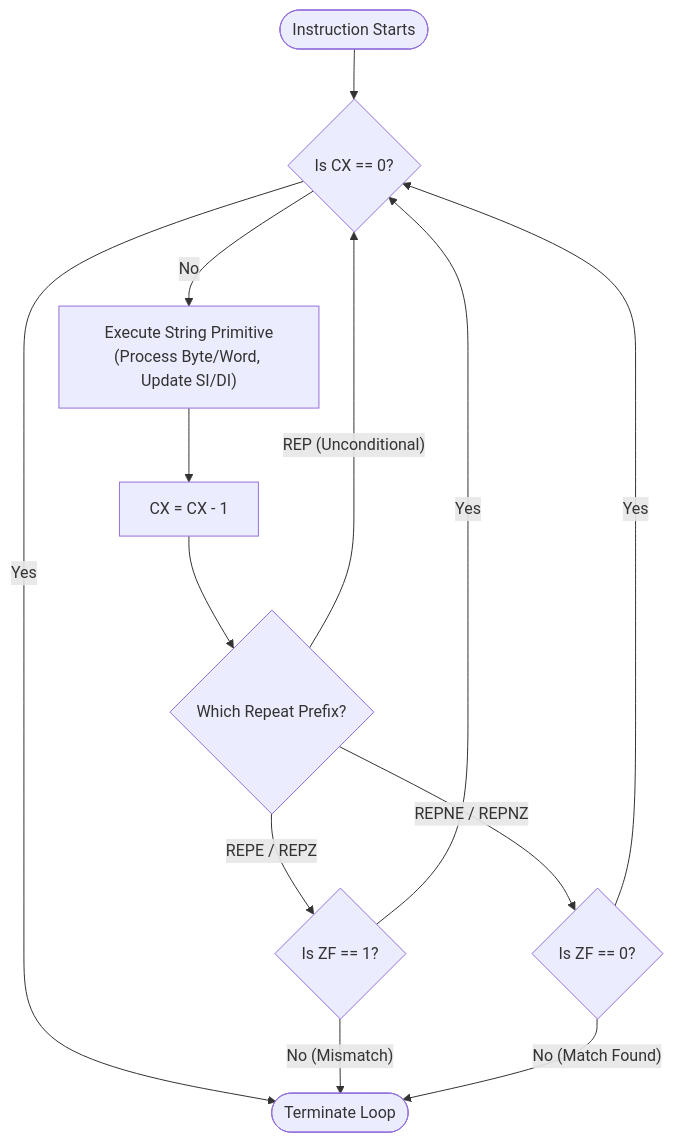
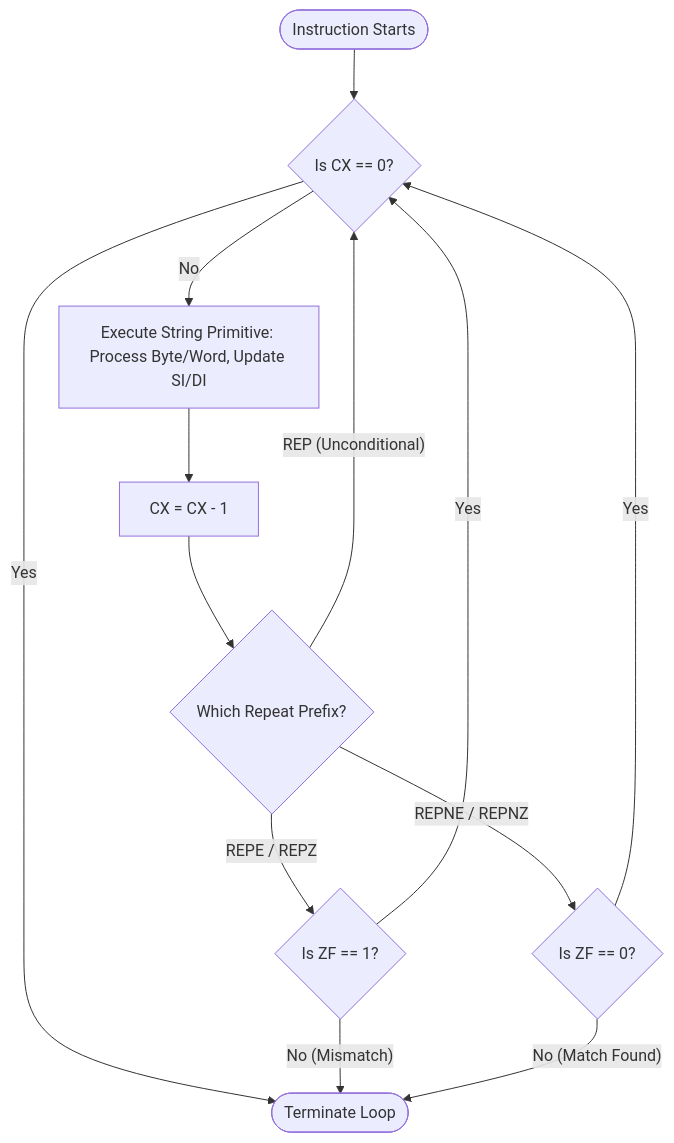
Before and after one commit to DeepLumiere/DeepSkills: the second of 2 diagrams in notes/hardware_and_microprocessors/04_8086_String_Operations_and_Looping.md, drawn with Mermaid. The commit also changed other lines of this file and 56 other files, not shown here.

````diff
--- a/notes/hardware_and_microprocessors/04_8086_String_Operations_and_Looping.md
+++ b/notes/hardware_and_microprocessors/04_8086_String_Operations_and_Looping.md
@@ -401,17 +401,17 @@
 ```mermaid
 flowchart TD
     Start([Instruction Starts]) --> CheckCX{"Is CX == 0?"}
     CheckCX -- Yes --> End([Terminate Loop])
-    CheckCX -- No --> ExecString["Execute String Primitive<br>(Process Byte/Word, Update SI/DI)"]
+    CheckCX -- No --> ExecString["Execute String Primitive: Process Byte/Word, Update SI/DI"]
     ExecString --> DecCX["CX = CX - 1"]
     DecCX --> PrefixCheck{"Which Repeat Prefix?"}
 
     PrefixCheck -- "REP (Unconditional)" --> CheckCX
     PrefixCheck -- "REPE / REPZ" --> CheckZF1{"Is ZF == 1?"}
     PrefixCheck -- "REPNE / REPNZ" --> CheckZF0{"Is ZF == 0?"}
 
     CheckZF1 -- Yes --> CheckCX
-    CheckZF1 -- No (Mismatch) --> End
+    CheckZF1 -- "No (Mismatch)" --> End
     CheckZF0 -- Yes --> CheckCX
-    CheckZF0 -- No (Match Found) --> End
+    CheckZF0 -- "No (Match Found)" --> End
 ```
````
